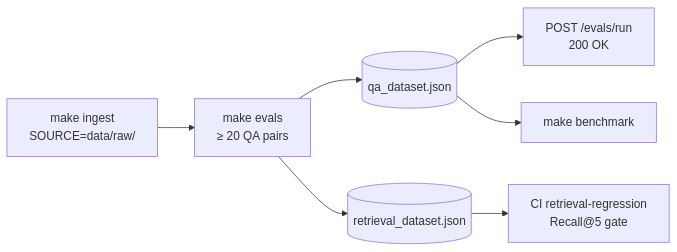
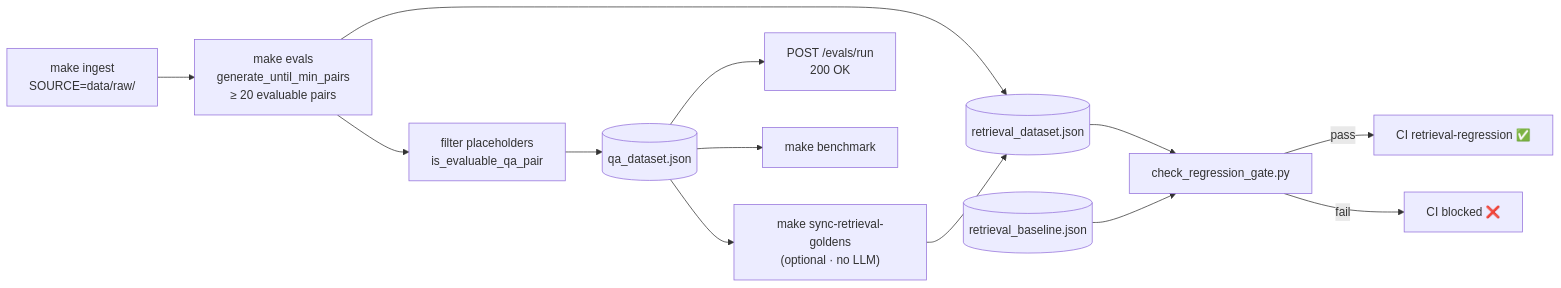
Before and after one commit to ealbertoav/rag_platform: the fifth of 16 diagrams in README.md, drawn with Mermaid. The commit also changed other lines of this file and 1 other file, not shown here.

Commit message:
Enhance golden dataset utilities with QA/retrieval sync, placeholder filtering, and modular regression gate (T-152)

````diff
--- a/README.md
+++ b/README.md
@@ -1020,9 +1025,15 @@
 ```mermaid
 flowchart LR
-    ING["make ingest<br/>SOURCE=data/raw/"] --> EVALS["make evals<br/>≥ 20 QA pairs"]
-    EVALS --> QA[("qa_dataset.json")]
+    ING["make ingest<br/>SOURCE=data/raw/"] --> EVALS["make evals<br/>generate_until_min_pairs<br/>≥ 20 evaluable pairs"]
+    EVALS --> FILTER["filter placeholders<br/>is_evaluable_qa_pair"]
+    FILTER --> QA[("qa_dataset.json")]
     EVALS --> RET[("retrieval_dataset.json")]
+    QA --> SYNC["make sync-retrieval-goldens<br/>(optional · no LLM)"]
+    SYNC --> RET
     QA --> API["POST /evals/run<br/>200 OK"]
     QA --> BENCH["make benchmark"]
-    RET --> CI["CI retrieval-regression<br/>Recall@5 gate"]
+    RET --> GATE["check_regression_gate.py"]
+    BASE[("retrieval_baseline.json")] --> GATE
+    GATE -->|pass| CI["CI retrieval-regression ✅"]
+    GATE -->|fail| BLOCK["CI blocked ❌"]
 ```
````
